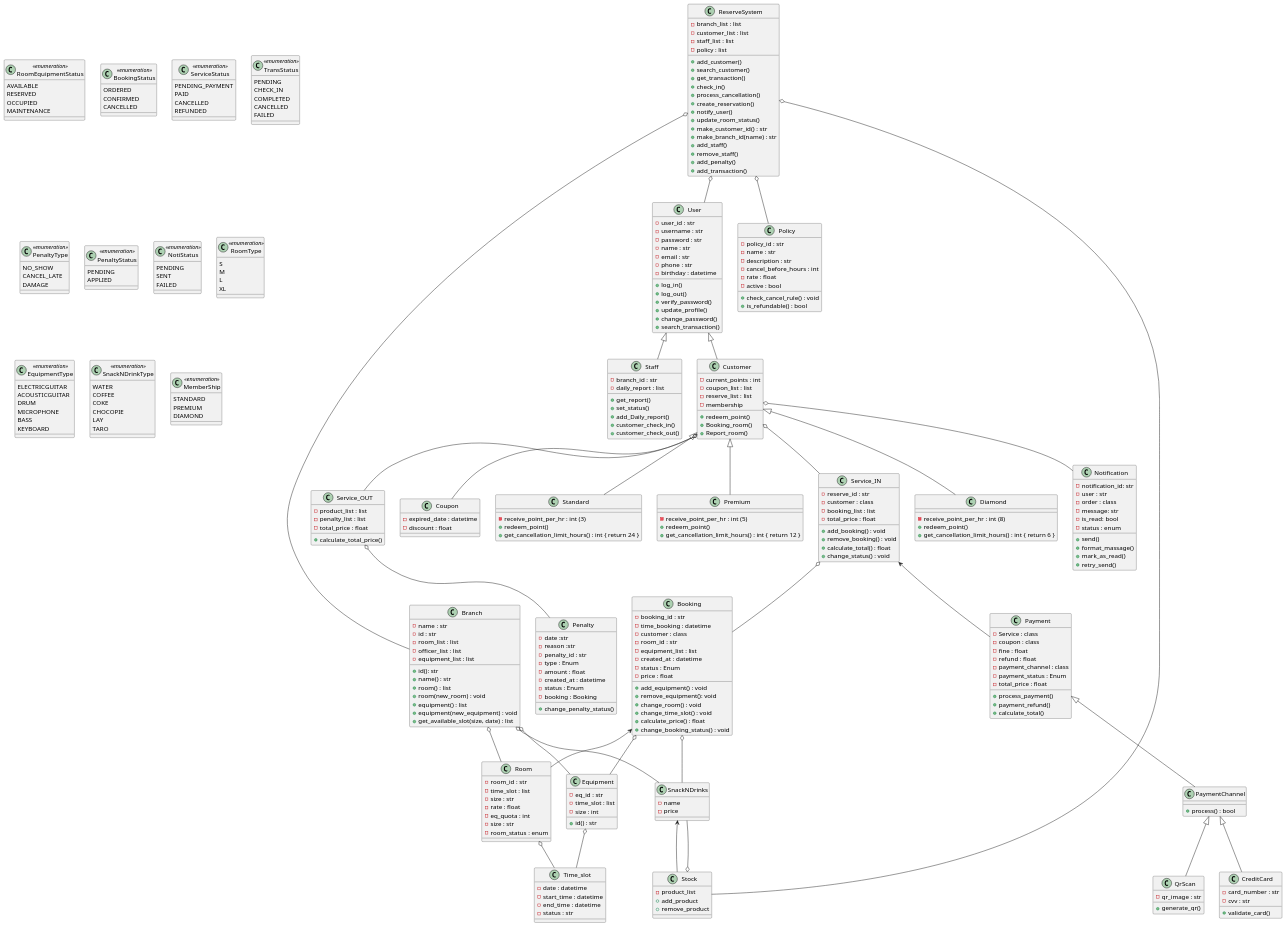
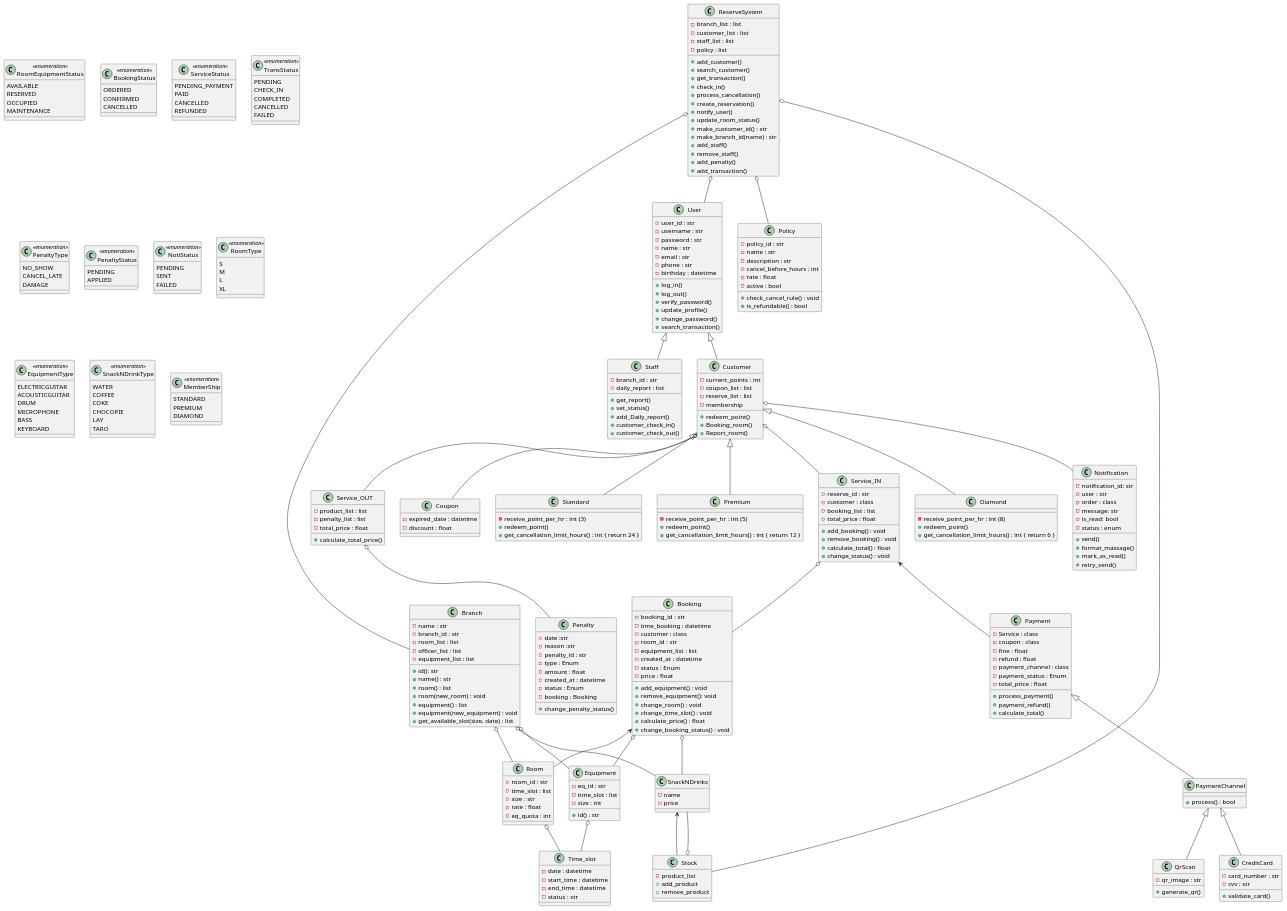
The diagram in diagram/class_diagram.puml (pjngth998/RhythmReserve), drawn with PlantUML before and after one commit. The commit also changed 5 other files, not shown here.

```diff
--- a/diagram/class_diagram.puml
+++ b/diagram/class_diagram.puml
@@ -23,7 +23,7 @@
 
 class Branch{
     -name : str
-    -id : str
+    -branch_id : str
     -room_list : list
     -officer_list : list
     -equipment_list : list
@@ -48,8 +48,8 @@
     -size : str
     -rate : float
     -eq_quota : int
-    -size : str
-    -room_status : enum
+    ' -size : str
+    ' -room_status : enum
 }
 
 
```
